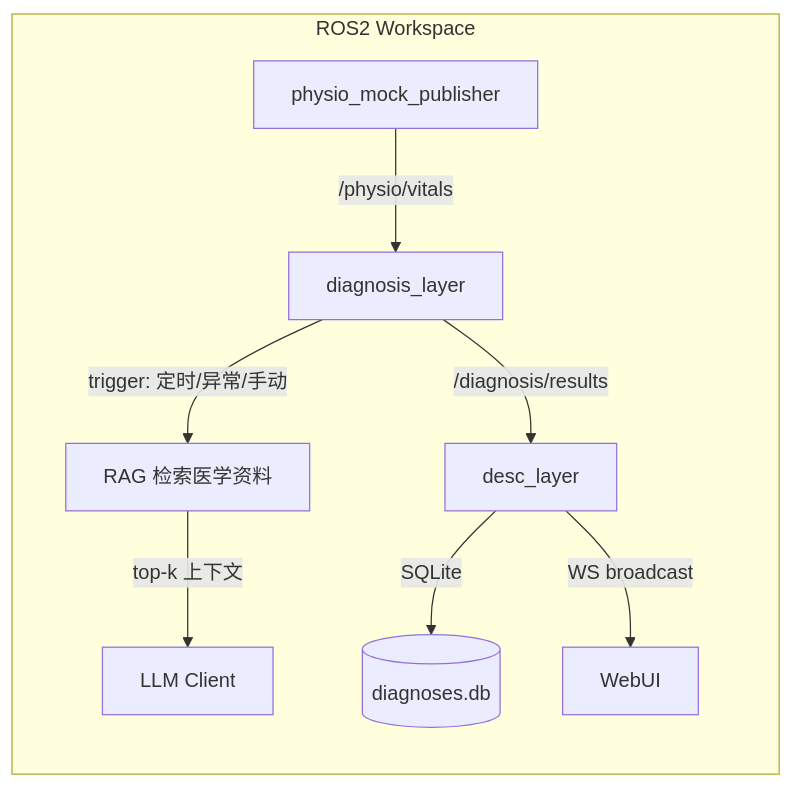
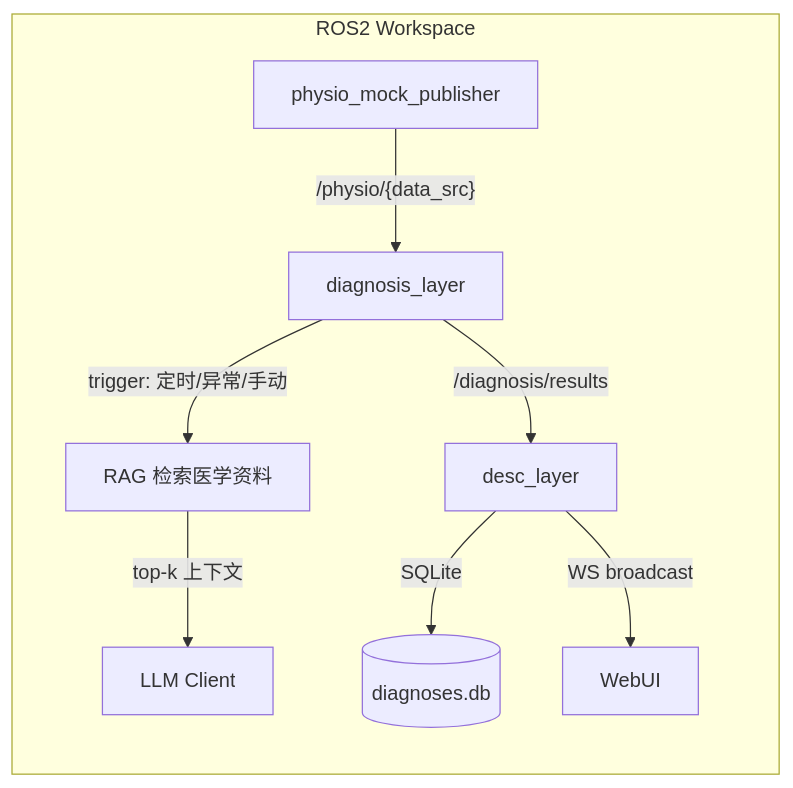
The diagram in docs/rfc/rfc-009-llm-health-diagnosis.md (laipuran/rtos_subhealth), drawn with Mermaid before and after one commit. The commit also changed other lines of this file, not shown here.

````diff
--- a/docs/rfc/rfc-009-llm-health-diagnosis.md
+++ b/docs/rfc/rfc-009-llm-health-diagnosis.md
@@ -44,11 +45,11 @@
 ```mermaid
 flowchart LR
     subgraph ROS2 Workspace
-        P[physio_mock_publisher] -->|"/physio/vitals"| A[diagnosis_layer]
+        P[physio_mock_publisher] -->|"/physio/{data_src}"| A[diagnosis_layer]
         A[diagnosis_layer] -->|trigger: 定时/异常/手动| B[RAG 检索医学资料]
         B -->|top-k 上下文| C[LLM Client]
         A -->|"/diagnosis/results"| D[desc_layer]
         D -->|SQLite| E[(diagnoses.db)]
         D -->|WS broadcast| F[WebUI]
     end
 ```
````
